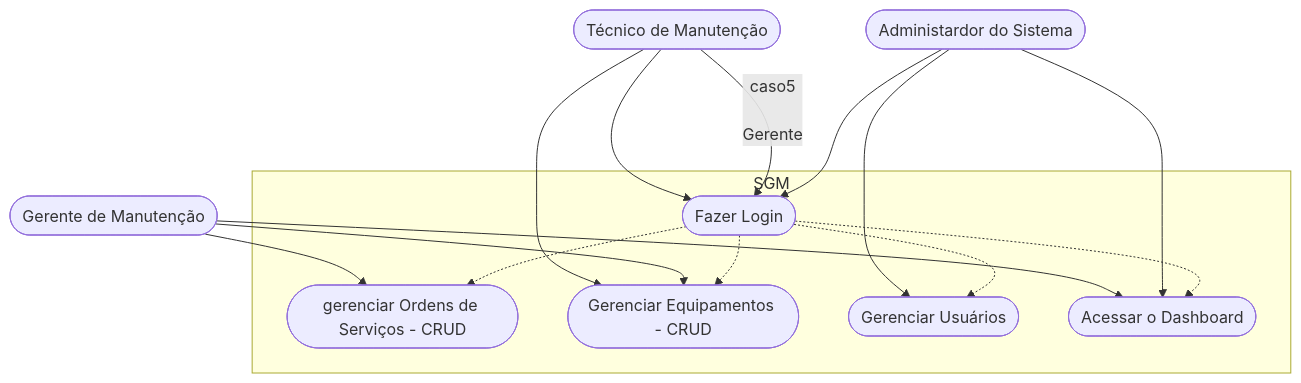
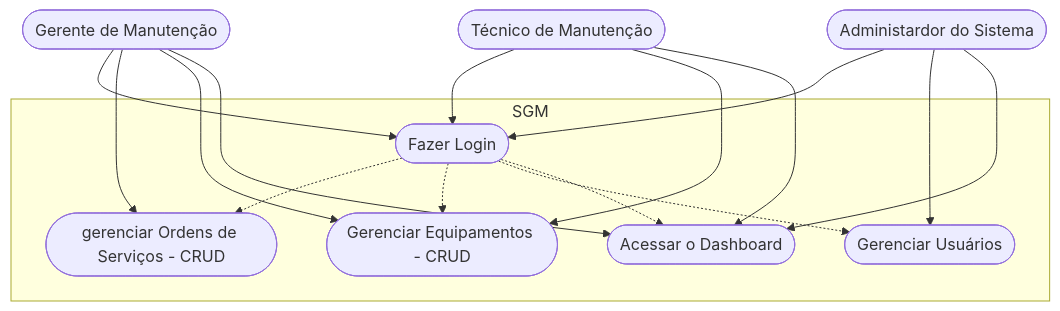
The second of 2 diagrams in README.md (Kaua1102bit/formativa-sgm), drawn with Mermaid before and after one commit.

````diff
--- a/README.md
+++ b/README.md
@@ -103,35 +103,35 @@
 ```mermaid
 
 graph TD
 
     subgraph "SGM"
         caso1([Fazer Login])
         caso2([gerenciar Ordens de Serviços - CRUD])
         caso3([Gerenciar Equipamentos - CRUD])
         caso4([Gerenciar Usuários])
         caso5([Acessar o Dashboard])
     end
 
     Tecnico([Técnico de Manutenção])
     Gerente([Gerente de Manutenção])
     Admin([Administardor do Sistema])
 
     Tecnico --> caso1
     Tecnico --> caso3
-    Tecnico -- caso5
+    Tecnico --> caso5
 
     Gerente --> caso1
     Gerente --> caso2
     Gerente --> caso3
     Gerente --> caso5
 
     Admin --> caso1
     Admin --> caso4
     Admin --> caso5
 
     caso1 -.-> caso2
     caso1 -.-> caso3
     caso1 -.-> caso4
     caso1 -.-> caso5
 
 ```
````
